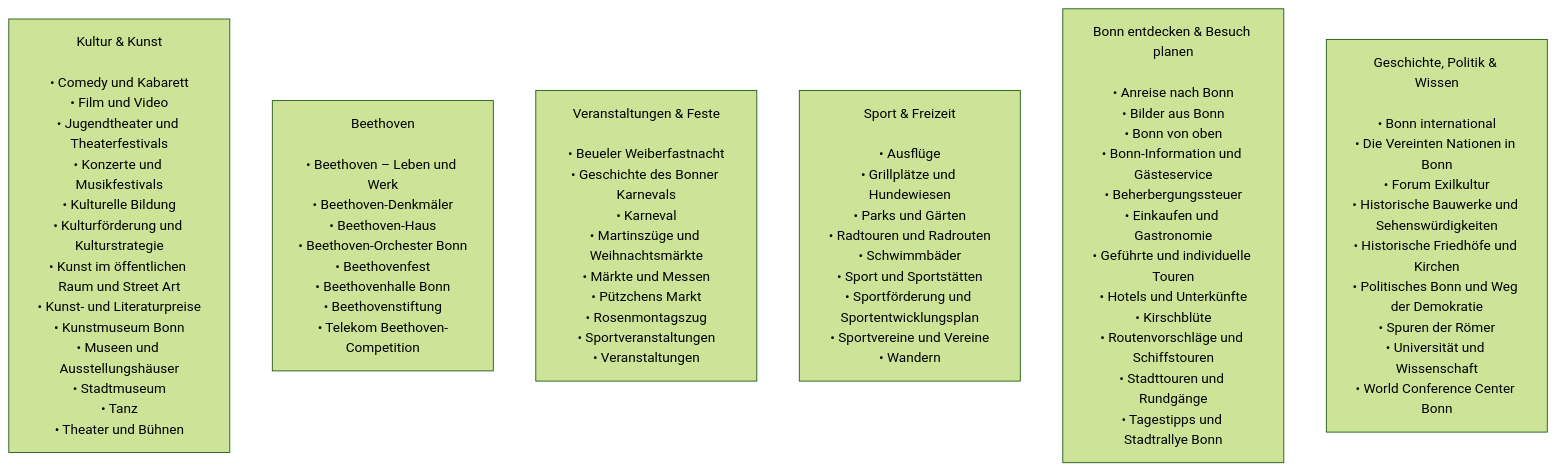
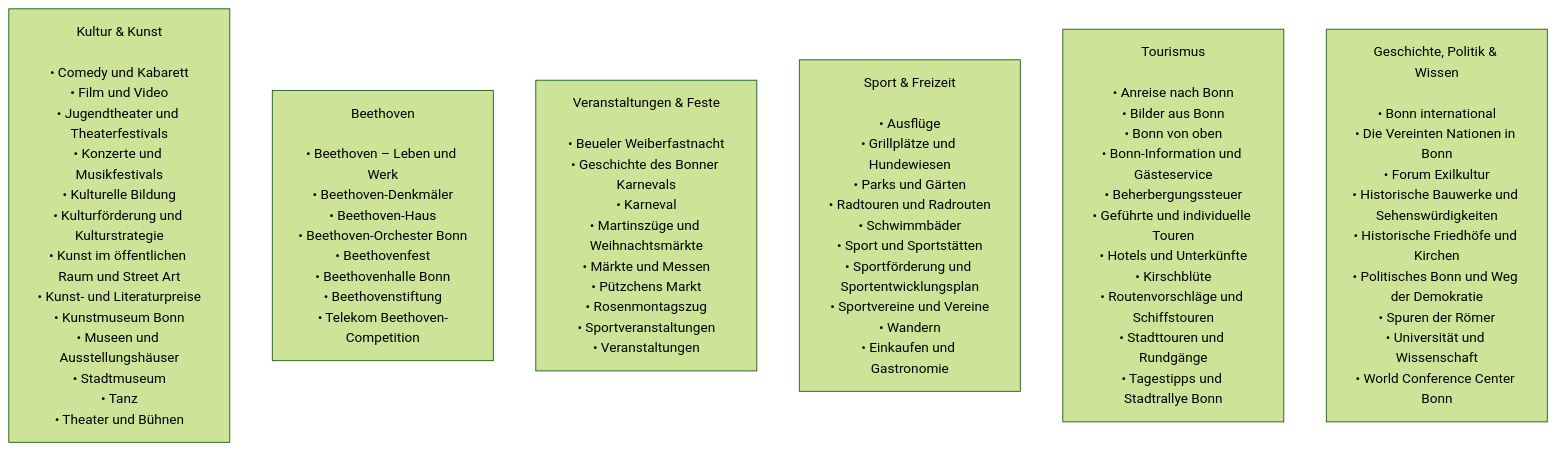
Before and after one commit to mjung2605/ia-2026-jungilligens: the sixth of 7 diagrams in README.md, drawn with Mermaid (forest theme).

Commit message:
Konzipierung aktualisiert

````diff
--- a/README.md
+++ b/README.md
@@ -178,15 +178,15 @@
 ```mermaid
 flowchart TB
     A["Kultur & Kunst<br/><br/>• Comedy und Kabarett<br/>• Film und Video<br/>• Jugendtheater und Theaterfestivals<br/>• Konzerte und Musikfestivals<br/>• Kulturelle Bildung<br/>• Kulturförderung und Kulturstrategie<br/>• Kunst im öffentlichen Raum und Street Art<br/>• Kunst- und Literaturpreise<br/>• Kunstmuseum Bonn<br/>• Museen und Ausstellungshäuser<br/>• Stadtmuseum<br/>• Tanz<br/>• Theater und Bühnen"]
 
     B["Beethoven<br/><br/>• Beethoven – Leben und Werk<br/>• Beethoven-Denkmäler<br/>• Beethoven-Haus<br/>• Beethoven-Orchester Bonn<br/>• Beethovenfest<br/>• Beethovenhalle Bonn<br/>• Beethovenstiftung<br/>• Telekom Beethoven-Competition"]
 
     C["Veranstaltungen & Feste<br/><br/>• Beueler Weiberfastnacht<br/>• Geschichte des Bonner Karnevals<br/>• Karneval<br/>• Martinszüge und Weihnachtsmärkte<br/>• Märkte und Messen<br/>• Pützchens Markt<br/>• Rosenmontagszug<br/>• Sportveranstaltungen<br/>• Veranstaltungen"]
 
-    D["Sport & Freizeit<br/><br/>• Ausflüge<br/>• Grillplätze und Hundewiesen<br/>• Parks und Gärten<br/>• Radtouren und Radrouten<br/>• Schwimmbäder<br/>• Sport und Sportstätten<br/>• Sportförderung und Sportentwicklungsplan<br/>• Sportvereine und Vereine<br/>• Wandern"]
+    D["Sport & Freizeit<br/><br/>• Ausflüge<br/>• Grillplätze und Hundewiesen<br/>• Parks und Gärten<br/>• Radtouren und Radrouten<br/>• Schwimmbäder<br/>• Sport und Sportstätten<br/>• Sportförderung und Sportentwicklungsplan<br/>• Sportvereine und Vereine<br/>• Wandern<br/>• Einkaufen und Gastronomie"]
 
-    E["Bonn entdecken & Besuch planen<br/><br/>• Anreise nach Bonn<br/>• Bilder aus Bonn<br/>• Bonn von oben<br/>• Bonn-Information und Gästeservice<br/>• Beherbergungssteuer<br/>• Einkaufen und Gastronomie<br/>• Geführte und individuelle Touren<br/>• Hotels und Unterkünfte<br/>• Kirschblüte<br/>• Routenvorschläge und Schiffstouren<br/>• Stadttouren und Rundgänge<br/>• Tagestipps und Stadtrallye Bonn"]
+    E["Tourismus<br/><br/>• Anreise nach Bonn<br/>• Bilder aus Bonn<br/>• Bonn von oben<br/>• Bonn-Information und Gästeservice<br/>• Beherbergungssteuer<br/>• Geführte und individuelle Touren<br/>• Hotels und Unterkünfte<br/>• Kirschblüte<br/>• Routenvorschläge und Schiffstouren<br/>• Stadttouren und Rundgänge<br/>• Tagestipps und Stadtrallye Bonn"]
 
     F["Geschichte, Politik & Wissen<br/><br/>• Bonn international<br/>• Die Vereinten Nationen in Bonn<br/>• Forum Exilkultur<br/>• Historische Bauwerke und Sehenswürdigkeiten<br/>• Historische Friedhöfe und Kirchen<br/>• Politisches Bonn und Weg der Demokratie<br/>• Spuren der Römer<br/>• Universität und Wissenschaft<br/>• World Conference Center Bonn"]
 
 ```
````
